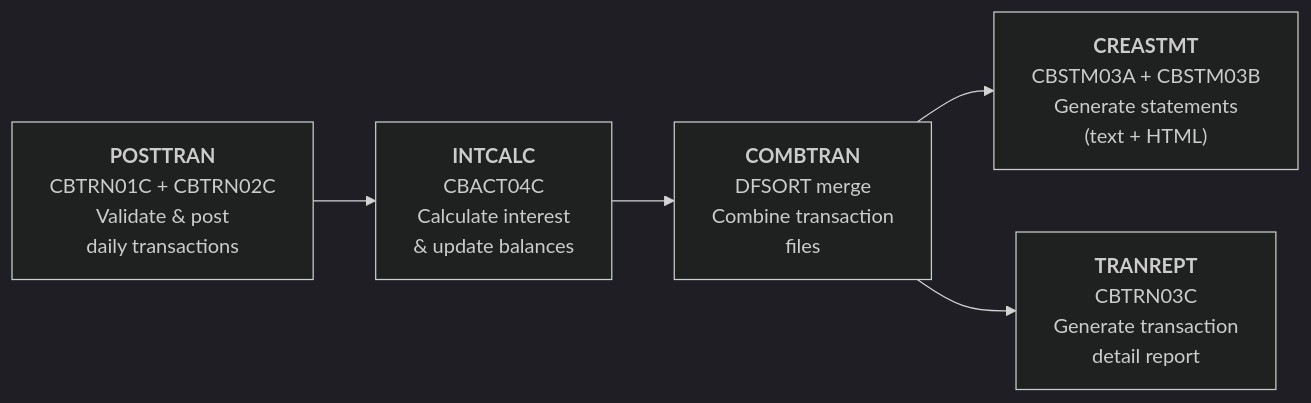
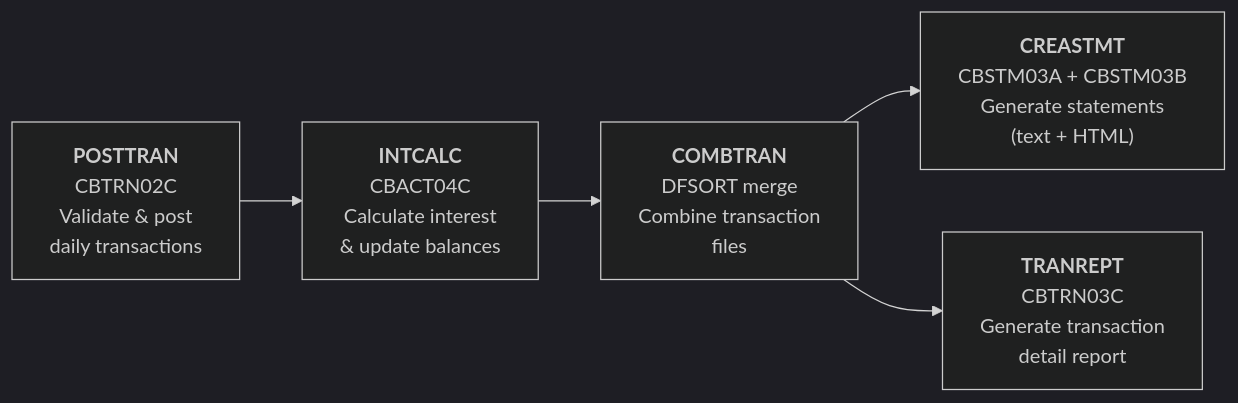
Before and after one commit to Blitzy-Sandbox/blitzy-card-demo: the second of 3 diagrams in app/cbl/README.md, drawn with Mermaid (dark theme). The commit also changed other lines of this file and 28 other files, not shown here.

````diff
--- a/app/cbl/README.md
+++ b/app/cbl/README.md
@@ -108,7 +107,7 @@
 ```mermaid
 flowchart LR
-    POSTTRAN["<b>POSTTRAN</b><br/>CBTRN01C + CBTRN02C<br/>Validate & post<br/>daily transactions"] --> INTCALC["<b>INTCALC</b><br/>CBACT04C<br/>Calculate interest<br/>& update balances"]
+    POSTTRAN["<b>POSTTRAN</b><br/>CBTRN02C<br/>Validate & post<br/>daily transactions"] --> INTCALC["<b>INTCALC</b><br/>CBACT04C<br/>Calculate interest<br/>& update balances"]
     INTCALC --> COMBTRAN["<b>COMBTRAN</b><br/>DFSORT merge<br/>Combine transaction<br/>files"]
     COMBTRAN --> CREASTMT["<b>CREASTMT</b><br/>CBSTM03A + CBSTM03B<br/>Generate statements<br/>(text + HTML)"]
     COMBTRAN --> TRANREPT["<b>TRANREPT</b><br/>CBTRN03C<br/>Generate transaction<br/>detail report"]
 ```
````
